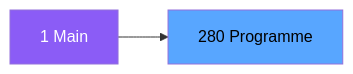
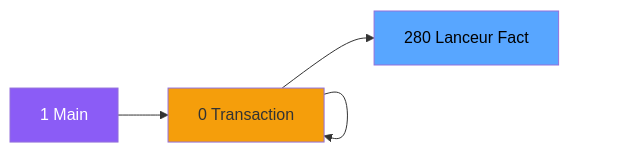
The second of 3 diagrams in .openspec/specs/ADH-IDE-280.md (thonyAGP/magic-migration), drawn with Mermaid before and after one commit. The commit also changed other lines of this file and 323 other files, not shown here.

````diff
--- a/.openspec/specs/ADH-IDE-280.md
+++ b/.openspec/specs/ADH-IDE-280.md
@@ -98,8 +109,17 @@
 ```mermaid
 graph LR
     M[1 Main]
-    T[280 Programme]
-    M --> T
+    N0[0 Transaction ]
+    N0[0 Transaction ]
+    N0[0 Transaction ]
+    T[280 Lanceur Fact]
+    M --> N0
+    N0 --> N0
+    N0 --> N0
+    N0 --> T
     style M fill:#8b5cf6,color:#fff
+    style N0 fill:#f59e0b
+    style N0 fill:#f59e0b
+    style N0 fill:#f59e0b
     style T fill:#58a6ff,color:#000
 ```
````
